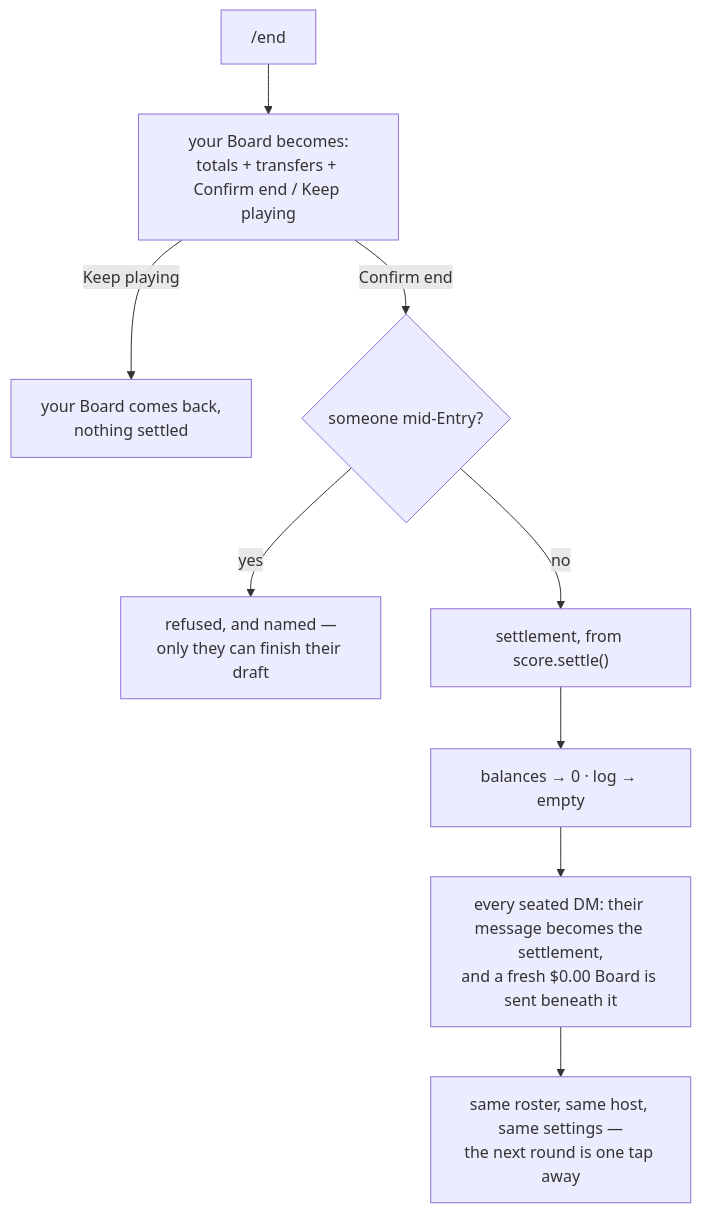
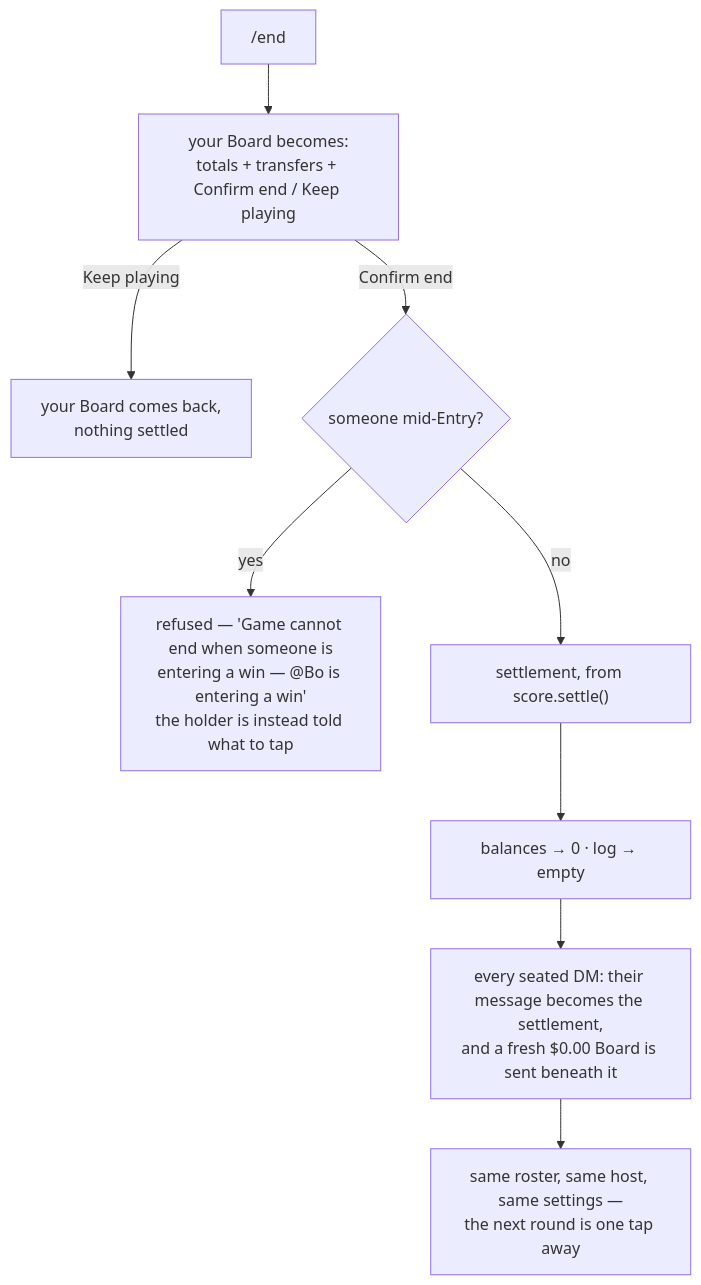
Before and after one commit to jonkoong/SGMahjongCalcTele: the sixth of 7 diagrams in docs/flow.md, drawn with Mermaid. The commit also changed other lines of this file and 7 other files, not shown here.

````diff
--- a/docs/flow.md
+++ b/docs/flow.md
@@ -232,11 +232,11 @@
 ```mermaid
 flowchart TD
     E["/end"] --> Q["your Board becomes:<br/>totals + transfers + Confirm end / Keep playing"]
     Q -->|"Keep playing"| B["your Board comes back,<br/>nothing settled"]
     Q -->|"Confirm end"| D{"someone mid-Entry?"}
-    D -->|yes| R["refused, and named —<br/>only they can finish their draft"]
+    D -->|yes| R["refused — 'Game cannot end when someone is<br/>entering a win — @Bo is entering a win'<br/>the holder is instead told what to tap"]
     D -->|no| S["settlement, from score.settle()"]
     S --> Z["balances → 0 · log → empty"]
     Z --> F["every seated DM: their message becomes the settlement,<br/>and a fresh $0.00 Board is sent beneath it"]
     F --> B2["same roster, same host, same settings —<br/>the next round is one tap away"]
 ```
````
